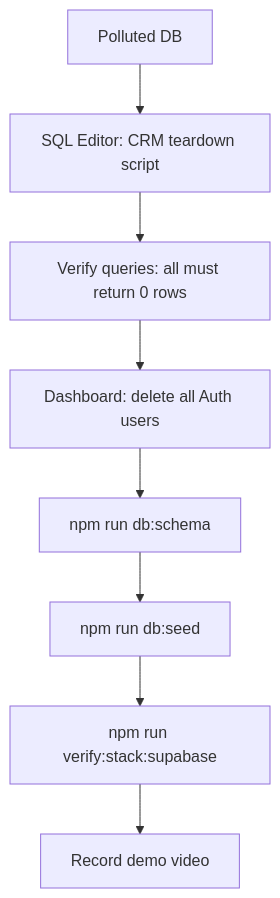
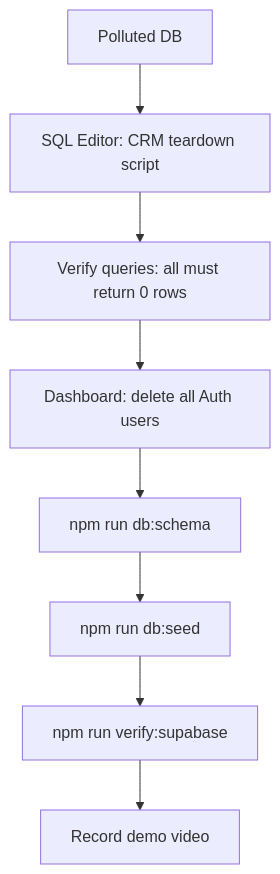
One commit to lester-01/sinc_crm changed the diagram in docs/database-setup.md. Above: the diagram before and after it, drawn with Mermaid. The commit also changed other lines of this file and 35 other files, not shown here.

First line of the commit message:
refactor(scripts): layered setup/verify; supabase/cloudflare split; script-reference doc

````diff
--- a/docs/database-setup.md
+++ b/docs/database-setup.md
@@ -439,10 +439,10 @@
 ```mermaid
 flowchart TD
   start[Polluted DB] --> teardown["SQL Editor: CRM teardown script"]
   teardown --> verify["Verify queries: all must return 0 rows"]
   verify --> deleteAuth["Dashboard: delete all Auth users"]
   deleteAuth --> npmSchema["npm run db:schema"]
   npmSchema --> npmSeed["npm run db:seed"]
-  npmSeed --> npmVerify["npm run verify:stack:supabase"]
+  npmSeed --> npmVerify["npm run verify:supabase"]
   npmVerify --> demo[Record demo video]
 ```
````
